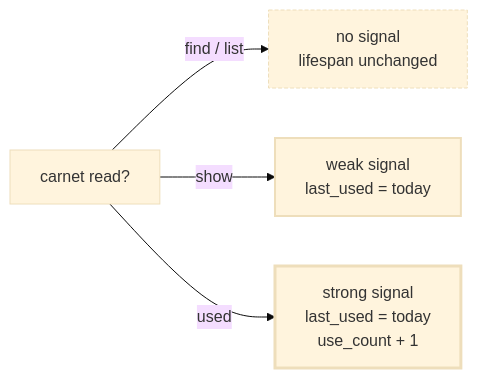
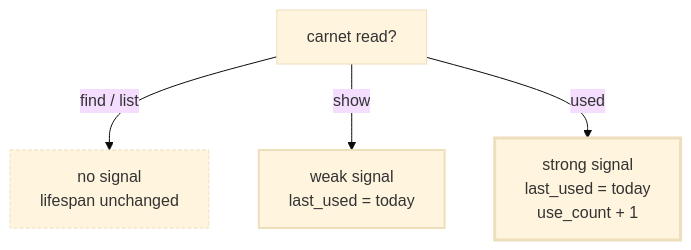
Before and after one commit to yamadashy/agent-carnet: the second of 2 diagrams in README.md, drawn with Mermaid (base theme). The commit also changed other lines of this file, not shown here.

First line of the commit message:
docs(readme): make mermaid diagrams TB so GitHub UI controls don't clip

````diff
--- a/README.md
+++ b/README.md
@@ -119,10 +113,10 @@
 ```mermaid
-flowchart LR
+flowchart TB
     A[carnet read?] -->|find / list| B[no signal<br/>lifespan unchanged]
     A -->|show| C[weak signal<br/>last_used = today]
     A -->|used| D[strong signal<br/>last_used = today<br/>use_count + 1]
 
     style B stroke-dasharray: 4 2
     style C stroke-width:2px
     style D stroke-width:3px
 ```
````
